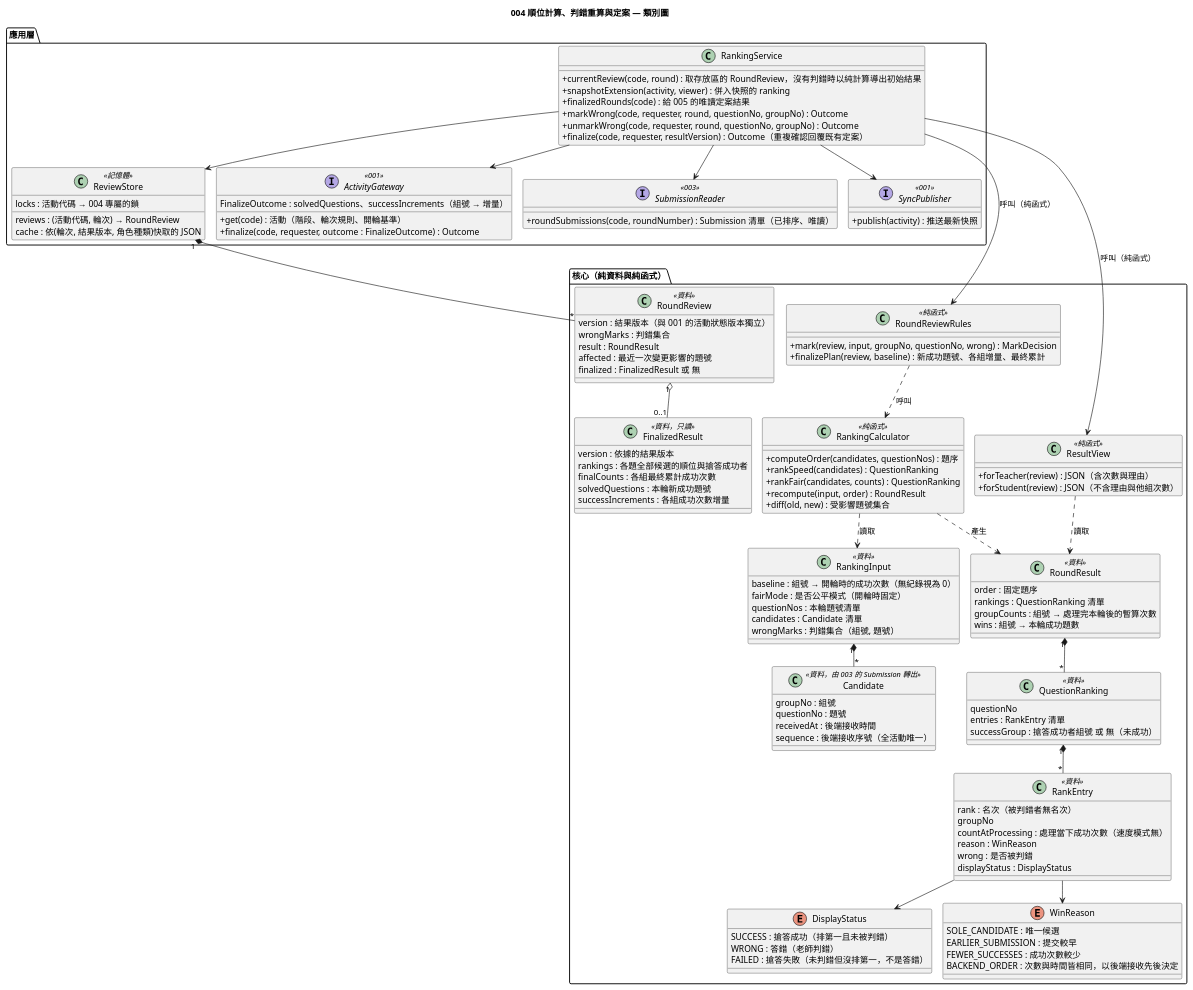
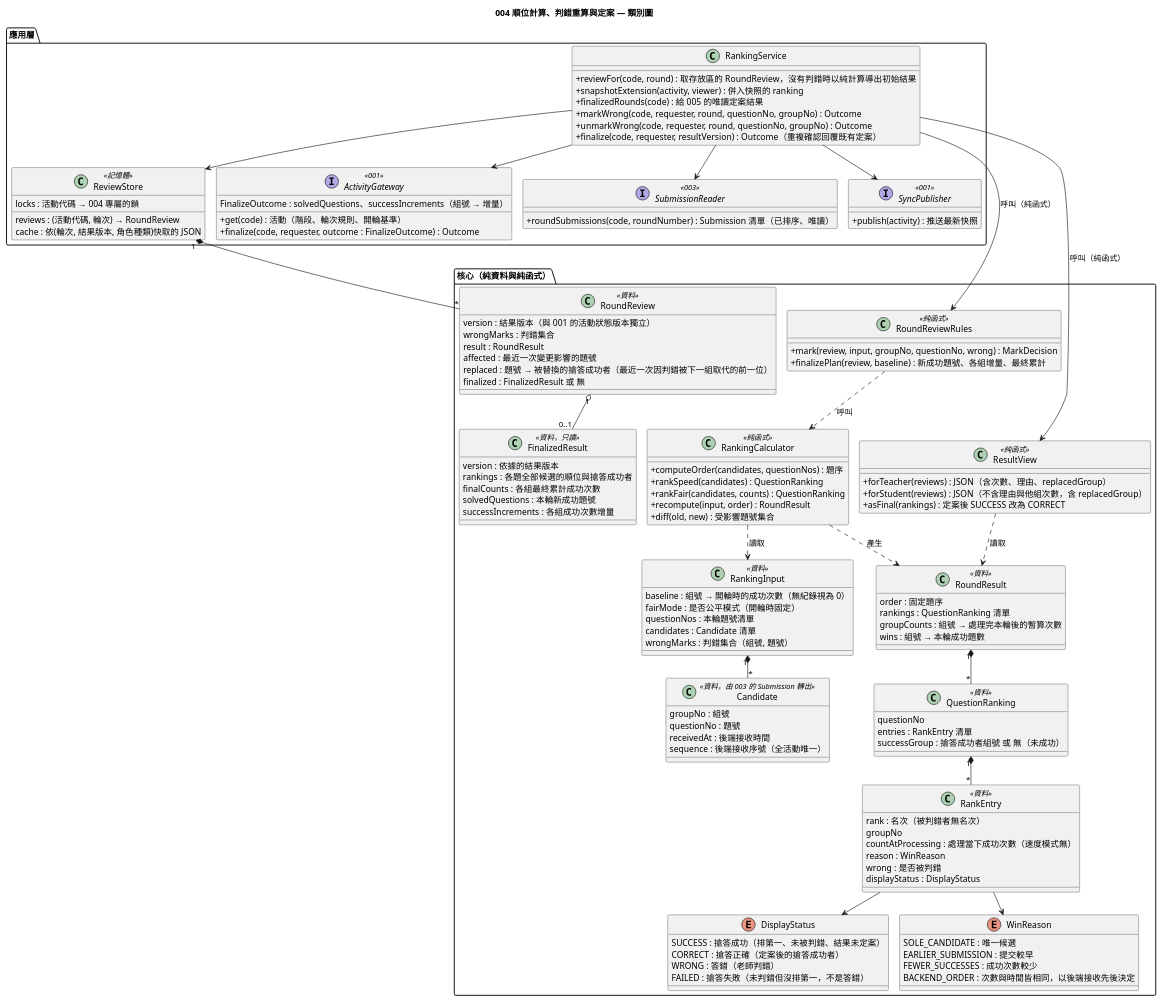
Before and after one commit to EricC430/lecture-answer-first_group16_speckit: the diagram in diagrams/004-ranking-review-class.puml, drawn with PlantUML. The commit also changed 14 other files, not shown here.

First line of the commit message:
docs: 004 spec clarify（搶答正確、被替換者顯示、老師介面判錯順序）並同步 plan／設計文件／圖／tasks (#8)

```diff
--- a/diagrams/004-ranking-review-class.puml
+++ b/diagrams/004-ranking-review-class.puml
@@ -1,141 +1,144 @@
 @startuml 004-ranking-review-class
 !pragma layout smetana
 skinparam defaultFontName "Microsoft JhengHei"
 skinparam classAttributeIconSize 0
 title 004 順位計算、判錯重算與定案 — 類別圖
 
 package "核心（純資料與純函式）" {
   class RankingInput <<資料>> {
     baseline : 組號 → 開輪時的成功次數（無紀錄視為 0）
     fairMode : 是否公平模式（開輪時固定）
     questionNos : 本輪題號清單
     candidates : Candidate 清單
     wrongMarks : 判錯集合（組號, 題號）
   }
 
   class Candidate <<資料，由 003 的 Submission 轉出>> {
     groupNo : 組號
     questionNo : 題號
     receivedAt : 後端接收時間
     sequence : 後端接收序號（全活動唯一）
   }
 
   class RankingCalculator <<純函式>> {
     +computeOrder(candidates, questionNos) : 題序
     +rankSpeed(candidates) : QuestionRanking
     +rankFair(candidates, counts) : QuestionRanking
     +recompute(input, order) : RoundResult
     +diff(old, new) : 受影響題號集合
   }
 
   class RoundReviewRules <<純函式>> {
     +mark(review, input, groupNo, questionNo, wrong) : MarkDecision
     +finalizePlan(review, baseline) : 新成功題號、各組增量、最終累計
   }
 
   class RoundResult <<資料>> {
     order : 固定題序
     rankings : QuestionRanking 清單
     groupCounts : 組號 → 處理完本輪後的暫算次數
     wins : 組號 → 本輪成功題數
   }
 
   class QuestionRanking <<資料>> {
     questionNo
     entries : RankEntry 清單
     successGroup : 搶答成功者組號 或 無（未成功）
   }
 
   class RankEntry <<資料>> {
     rank : 名次（被判錯者無名次）
     groupNo
     countAtProcessing : 處理當下成功次數（速度模式無）
     reason : WinReason
     wrong : 是否被判錯
     displayStatus : DisplayStatus
   }
 
   class ResultView <<純函式>> {
-    +forTeacher(review) : JSON（含次數與理由）
-    +forStudent(review) : JSON（不含理由與他組次數）
+    +forTeacher(reviews) : JSON（含次數、理由、replacedGroup）
+    +forStudent(reviews) : JSON（不含理由與他組次數，含 replacedGroup）
+    +asFinal(rankings) : 定案後 SUCCESS 改為 CORRECT
   }
 
   class RoundReview <<資料>> {
     version : 結果版本（與 001 的活動狀態版本獨立）
     wrongMarks : 判錯集合
     result : RoundResult
     affected : 最近一次變更影響的題號
+    replaced : 題號 → 被替換的搶答成功者（最近一次因判錯被下一組取代的前一位）
     finalized : FinalizedResult 或 無
   }
 
   class FinalizedResult <<資料，只讀>> {
     version : 依據的結果版本
     rankings : 各題全部候選的順位與搶答成功者
     finalCounts : 各組最終累計成功次數
     solvedQuestions : 本輪新成功題號
     successIncrements : 各組成功次數增量
   }
 
   enum DisplayStatus {
-    SUCCESS : 搶答成功（排第一且未被判錯）
+    SUCCESS : 搶答成功（排第一、未被判錯、結果未定案）
+    CORRECT : 搶答正確（定案後的搶答成功者）
     WRONG : 答錯（老師判錯）
     FAILED : 搶答失敗（未判錯但沒排第一，不是答錯）
   }
 
   enum WinReason {
     SOLE_CANDIDATE : 唯一候選
     EARLIER_SUBMISSION : 提交較早
     FEWER_SUCCESSES : 成功次數較少
     BACKEND_ORDER : 次數與時間皆相同，以後端接收先後決定
   }
 }
 
 package "應用層" {
   class RankingService {
-    +currentReview(code, round) : 取存放區的 RoundReview，沒有判錯時以純計算導出初始結果
+    +reviewFor(code, round) : 取存放區的 RoundReview，沒有判錯時以純計算導出初始結果
     +snapshotExtension(activity, viewer) : 併入快照的 ranking
     +finalizedRounds(code) : 給 005 的唯讀定案結果
     +markWrong(code, requester, round, questionNo, groupNo) : Outcome
     +unmarkWrong(code, requester, round, questionNo, groupNo) : Outcome
     +finalize(code, requester, resultVersion) : Outcome（重複確認回覆既有定案）
   }
 
   class ReviewStore <<記憶體>> {
     reviews : (活動代碼, 輪次) → RoundReview
     locks : 活動代碼 → 004 專屬的鎖
     cache : 依(輪次, 結果版本, 角色種類)快取的 JSON
   }
 
   interface ActivityGateway <<001>> {
     +get(code) : 活動（階段、輪次規則、開輪基準）
     +finalize(code, requester, outcome : FinalizeOutcome) : Outcome
     FinalizeOutcome : solvedQuestions、successIncrements（組號 → 增量）
   }
 
   interface SubmissionReader <<003>> {
     +roundSubmissions(code, roundNumber) : Submission 清單（已排序、唯讀）
   }
 
   interface SyncPublisher <<001>> {
     +publish(activity) : 推送最新快照
   }
 }
 
 RankingCalculator ..> RankingInput : 讀取
 RankingCalculator ..> RoundResult : 產生
 RoundReviewRules ..> RankingCalculator : 呼叫
 RankingInput "1" *-- "*" Candidate
 RoundResult "1" *-- "*" QuestionRanking
 QuestionRanking "1" *-- "*" RankEntry
 RankEntry --> WinReason
 RankEntry --> DisplayStatus
 ResultView ..> RoundResult : 讀取
 RankingService --> RoundReviewRules : 呼叫（純函式）
 RankingService --> ResultView : 呼叫（純函式）
 RankingService --> ReviewStore
 ReviewStore "1" *-- "*" RoundReview
 RoundReview "1" o-- "0..1" FinalizedResult
 RankingService --> ActivityGateway
 RankingService --> SubmissionReader
 RankingService --> SyncPublisher
 @enduml
```
